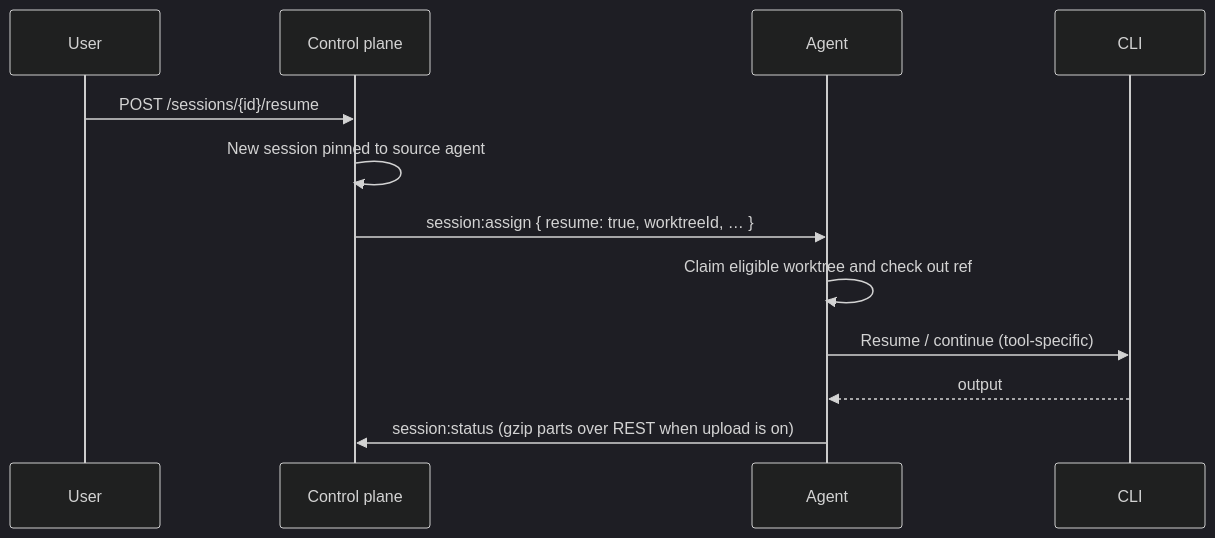
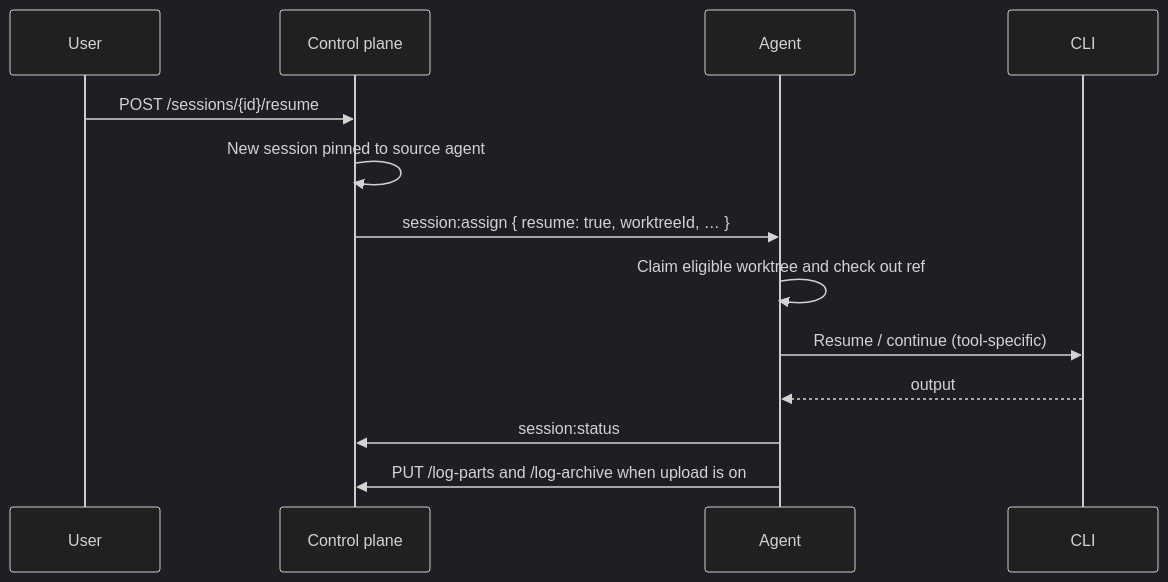
The third of 5 diagrams in docs/host-daemon.md (jonathanong/auto-harness), drawn with Mermaid (dark theme) before and after one commit. The commit also changed other lines of this file and 1 other file, not shown here.

Commit message:
docs: split status WS from REST log PUTs
Clarify LogDrops as the legacy session:log EMF path, ListBucket as a
prefix-conditioned bucket grant, and mermaid arrows for gzip REST.

Validation: pnpm exec oxfmt on the edited docs

````diff
--- a/docs/host-daemon.md
+++ b/docs/host-daemon.md
@@ -287,15 +287,16 @@
 ```mermaid
 sequenceDiagram
     participant User
     participant API as Control plane
     participant Agent
     participant CLI
 
     User->>API: POST /sessions/{id}/resume
     API->>API: New session pinned to source agent
     API->>Agent: session:assign { resume: true, worktreeId, … }
     Agent->>Agent: Claim eligible worktree and check out ref
     Agent->>CLI: Resume / continue (tool-specific)
     CLI-->>Agent: output
-    Agent->>API: session:status (gzip parts over REST when upload is on)
+    Agent->>API: session:status
+    Agent->>API: PUT /log-parts and /log-archive when upload is on
 ```
````
